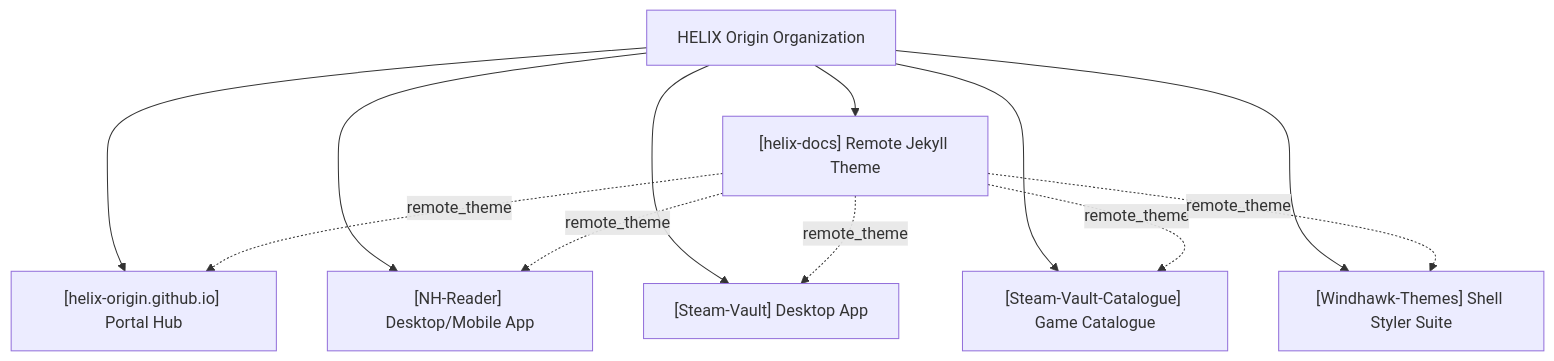
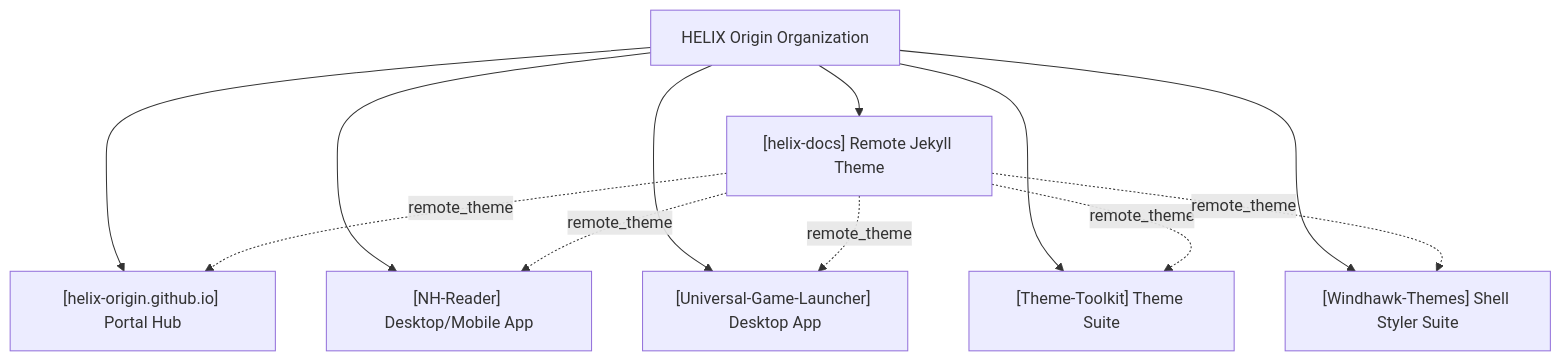
One commit to HELIX-Origin/agents changed the first of 3 diagrams in ROADMAP.md. Above: the diagram before and after it, drawn with Mermaid. The commit also changed other lines of this file and 14 other files, not shown here.

Commit message:
docs: update tracking ledgers, templates, and agent rules for Universal Game Launcher & Plugins ecosystem

````diff
--- a/ROADMAP.md
+++ b/ROADMAP.md
@@ -22,15 +23,15 @@
 ```mermaid
 flowchart TB
     Org[HELIX Origin Organization] --> DocsTheme["[helix-docs] Remote Jekyll Theme"]
     Org --> Portal["[helix-origin.github.io] Portal Hub"]
     Org --> DesktopApp["[NH-Reader] Desktop/Mobile App"]
-    Org --> SteamVault["[Steam-Vault] Desktop App"]
-    Org --> Catalogue["[Steam-Vault-Catalogue] Game Catalogue"]
+    Org --> UniversalLauncher["[Universal-Game-Launcher] Desktop App"]
+    Org --> ThemeToolkit["[Theme-Toolkit] Theme Suite"]
     Org --> ShellMods["[Windhawk-Themes] Shell Styler Suite"]
 
     DocsTheme -.->|remote_theme| Portal
     DocsTheme -.->|remote_theme| DesktopApp
-    DocsTheme -.->|remote_theme| SteamVault
-    DocsTheme -.->|remote_theme| Catalogue
+    DocsTheme -.->|remote_theme| UniversalLauncher
+    DocsTheme -.->|remote_theme| ThemeToolkit
     DocsTheme -.->|remote_theme| ShellMods
 ```
````
